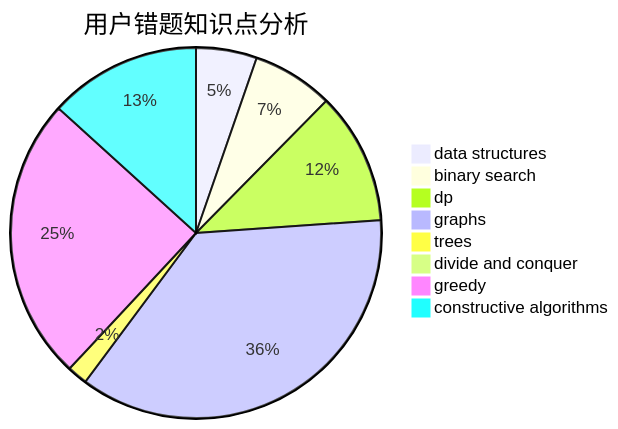
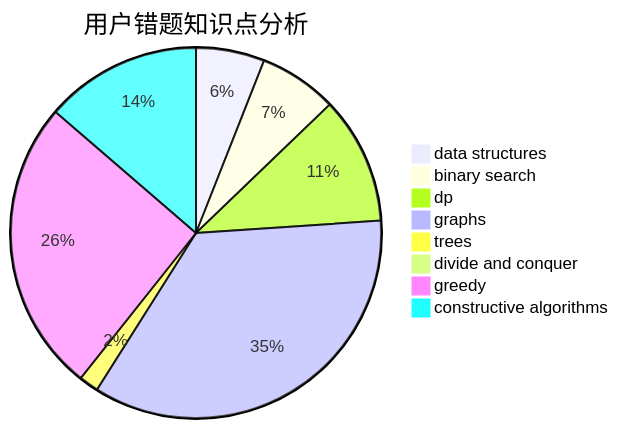
One commit to sherpahu/cfrs.github.io changed the third of 3 diagrams in docs/user/u2262.md. Above: the diagram before and after it, drawn with Mermaid. The commit also changed other lines of this file and 2770 other files, not shown here.

````diff
--- a/docs/user/u2262.md
+++ b/docs/user/u2262.md
@@ -36,11 +36,11 @@
 ```mermaid
 pie title 用户错题知识点分析
-    "data structures" :  6
+    "data structures" :  7
     "binary search" :  8
     "dp" :  13
     "graphs" :  41
     "trees" :  2
     "divide and conquer" :  0
-    "greedy" :  28
-    "constructive algorithms" :  15
+    "greedy" :  30
+    "constructive algorithms" :  16
 ```
````
